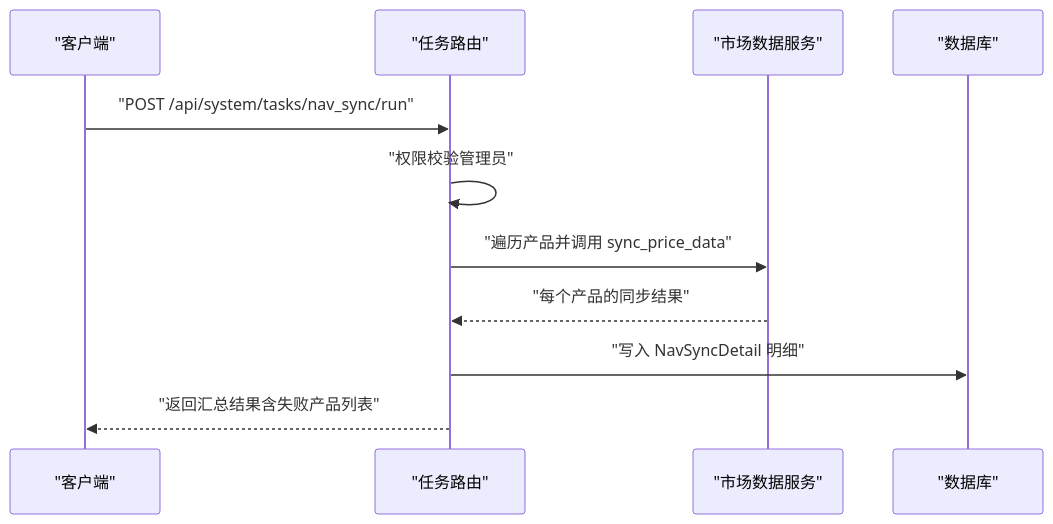
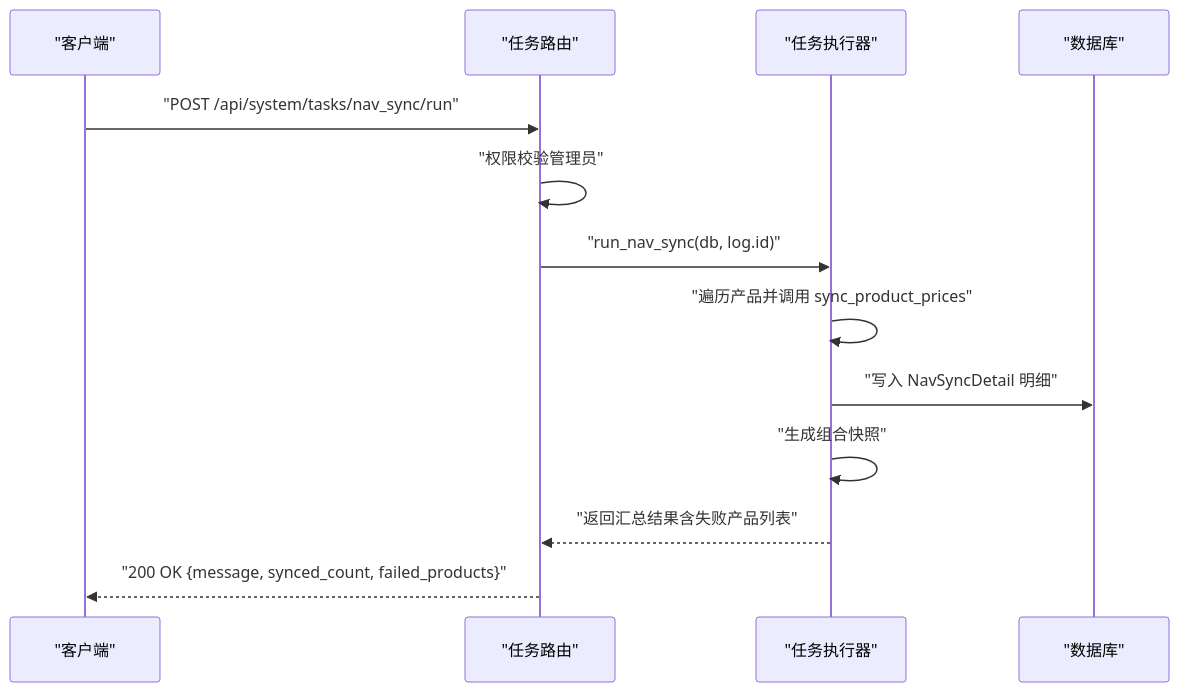
One commit to gujialind/InvestRing changed the eighth of 9 diagrams in .qoder/repowiki/zh/content/后端API文档/数据同步API.md. Above: the diagram before and after it, drawn with Mermaid. The commit also changed other lines of this file and 65 other files, not shown here.

````diff
--- a/.qoder/repowiki/zh/content/后端API文档/数据同步API.md
+++ b/.qoder/repowiki/zh/content/后端API文档/数据同步API.md
@@ -587,13 +602,15 @@
 ```mermaid
 sequenceDiagram
 participant C as "客户端"
 participant API as "任务路由"
-participant SVC as "市场数据服务"
+participant SVC as "任务执行器"
 participant DB as "数据库"
 C->>API : "POST /api/system/tasks/nav_sync/run"
 API->>API : "权限校验管理员"
-API->>SVC : "遍历产品并调用 sync_price_data"
-SVC-->>API : "每个产品的同步结果"
-API->>DB : "写入 NavSyncDetail 明细"
-API-->>C : "返回汇总结果含失败产品列表"
+API->>SVC : "run_nav_sync(db, log.id)"
+SVC->>SVC : "遍历产品并调用 sync_product_prices"
+SVC->>DB : "写入 NavSyncDetail 明细"
+SVC->>SVC : "生成组合快照"
+SVC-->>API : "返回汇总结果含失败产品列表"
+API-->>C : "200 OK {message, synced_count, failed_products}"
 ```
````
